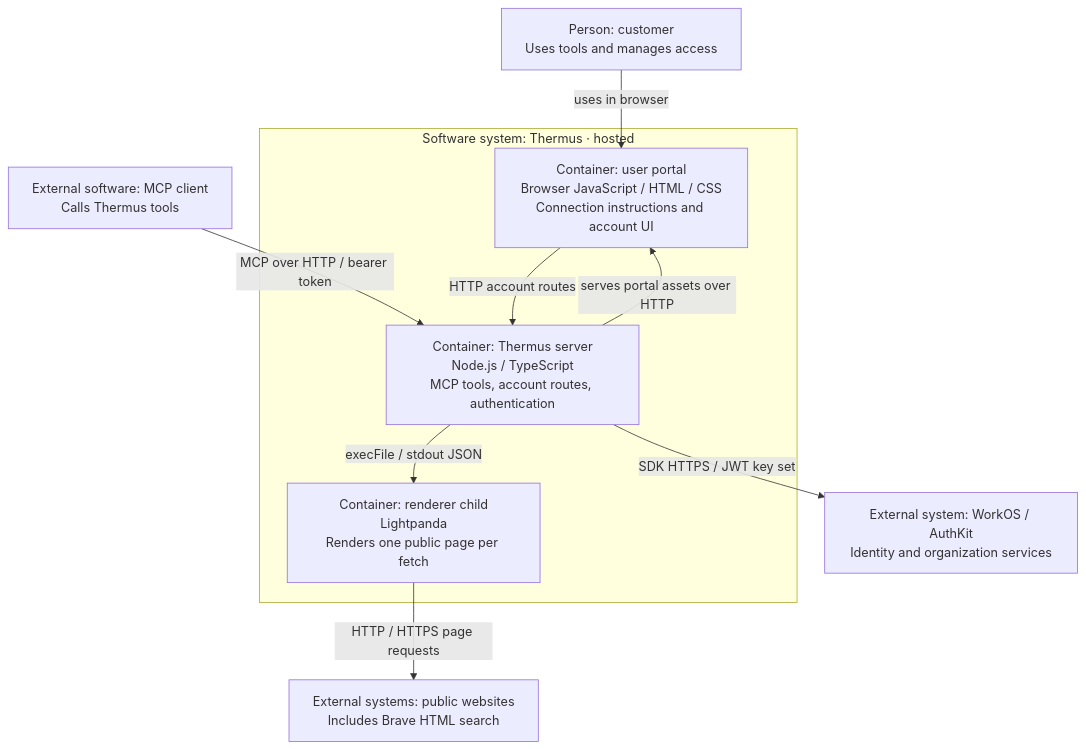
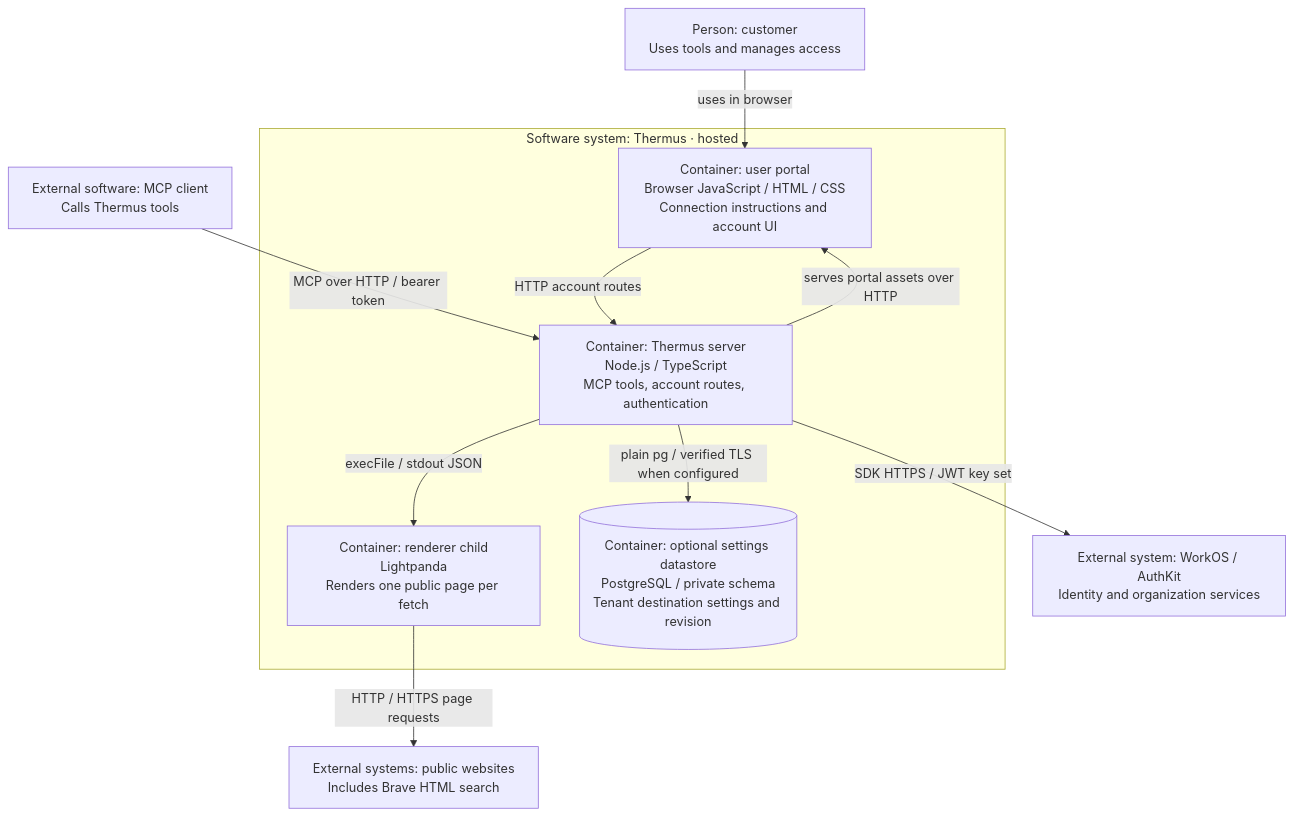
One commit to tomer-mayara/Thermus changed the second of 12 diagrams in architecture/components.md. Above: the diagram before and after it, drawn with Mermaid. The commit also changed other lines of this file and 34 other files, not shown here.

Commit message:
Add bounded PostgreSQL logging settings storage for S2-01a

````diff
--- a/architecture/components.md
+++ b/architecture/components.md
@@ -55,20 +55,22 @@
 ```mermaid
 %%{init: {"flowchart": {"wrappingWidth": 260}}}%%
 flowchart TB
   hosted_user["Person: customer<br/>Uses tools and manages access"]
   hosted_client["External software: MCP client<br/>Calls Thermus tools"]
   subgraph hosted_system["Software system: Thermus · hosted"]
     hosted_portal["Container: user portal<br/>Browser JavaScript / HTML / CSS<br/>Connection instructions and account UI"]
     hosted_server["Container: Thermus server<br/>Node.js / TypeScript<br/>MCP tools, account routes, authentication"]
     hosted_renderer["Container: renderer child<br/>Lightpanda<br/>Renders one public page per fetch"]
+    hosted_settings[("Container: optional settings datastore<br/>PostgreSQL / private schema<br/>Tenant destination settings and revision")]
   end
   hosted_workos["External system: WorkOS / AuthKit<br/>Identity and organization services"]
   hosted_public["External systems: public websites<br/>Includes Brave HTML search"]
   hosted_user -->|uses in browser| hosted_portal
   hosted_client -->|MCP over HTTP / bearer token| hosted_server
   hosted_portal -->|HTTP account routes| hosted_server
   hosted_server -->|serves portal assets over HTTP| hosted_portal
   hosted_server -->|SDK HTTPS / JWT key set| hosted_workos
+  hosted_server -->|plain pg / verified TLS when configured| hosted_settings
   hosted_server -->|execFile / stdout JSON| hosted_renderer
   hosted_renderer -->|HTTP / HTTPS page requests| hosted_public
 ```
````
